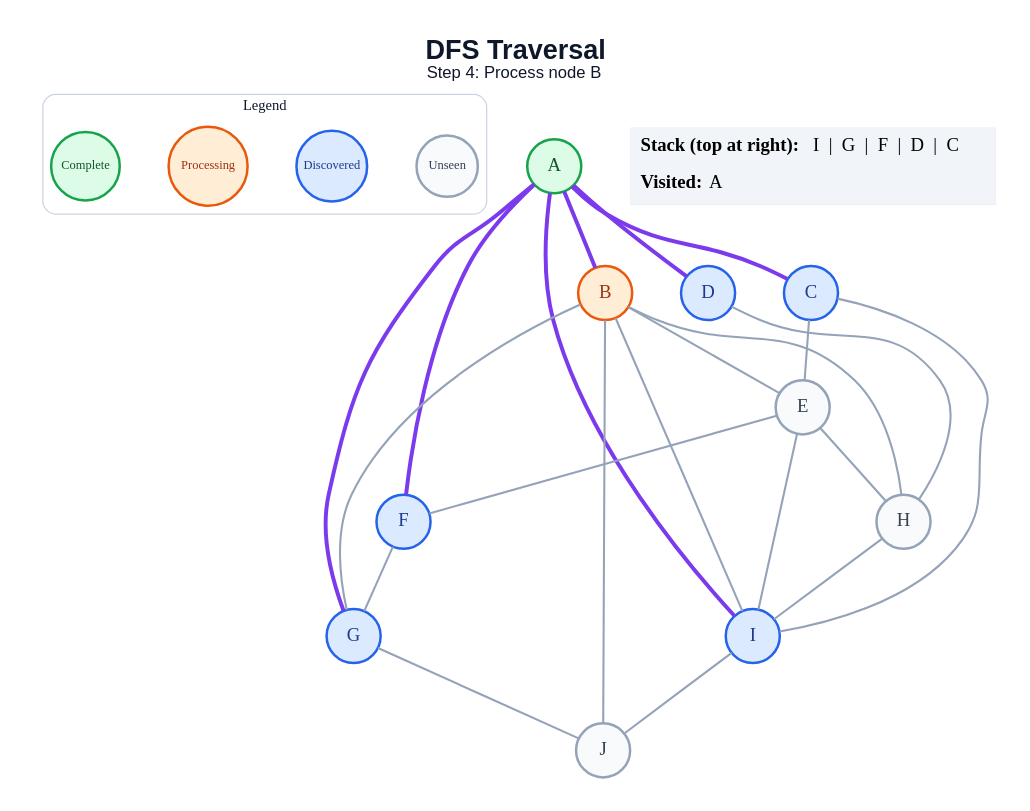
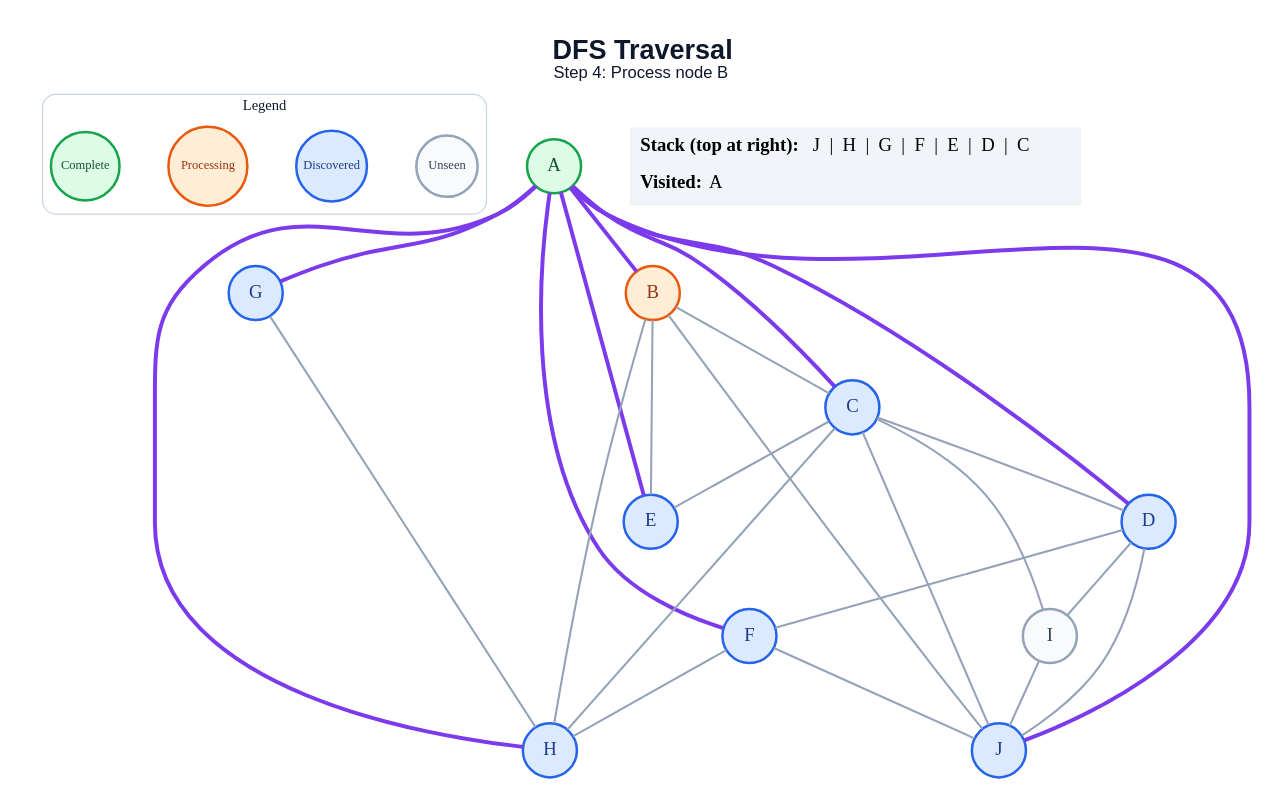
The diagram in generated/dfs/step_04.dot (amanghodawala9/ai-slop), drawn with Graphviz before and after one commit. The commit also changed 178 other files, not shown here.

```diff
--- a/generated/dfs/step_04.dot
+++ b/generated/dfs/step_04.dot
@@ -1,50 +1,53 @@
 graph traversal {
   graph [layout=dot, rankdir=TB, bgcolor="#FFFFFF", pad="0.35", nodesep="0.65", ranksep="0.8", fontname="Arial"];
   node [shape=circle, style="filled", fontname="Arial Bold", fontsize=18, width=0.72, fixedsize=true, penwidth=2.4];
   edge [color="#94A3B8", penwidth=2.0];
   label=<<B>DFS Traversal</B><BR/><FONT POINT-SIZE="16">Step 4: Process node B</FONT>>; labelloc="t"; fontsize=26; fontname="Arial"; fontcolor="#0F172A";
   subgraph cluster_legend { label="Legend"; color="#CBD5E1"; penwidth=1.2; style="rounded"; fontsize=14; fontname="Arial Bold";
     key_unseen [label="Unseen", fillcolor="#F8FAFC", color="#94A3B8", fontcolor="#334155", fontsize=12, width=0.82];
     key_frontier [label="Discovered", fillcolor="#DBEAFE", color="#2563EB", fontcolor="#1E3A8A", fontsize=12, width=0.95];
     key_current [label="Processing", fillcolor="#FFEDD5", color="#EA580C", fontcolor="#9A3412", fontsize=12, width=1.05];
     key_done [label="Complete", fillcolor="#DCFCE7", color="#16A34A", fontcolor="#14532D", fontsize=12, width=0.92];
     { rank=same; key_unseen; key_frontier; key_current; key_done; }
   }
   A [fillcolor="#DCFCE7", color="#16A34A", fontcolor="#14532D"];
   B [fillcolor="#FFEDD5", color="#EA580C", fontcolor="#9A3412"];
   C [fillcolor="#DBEAFE", color="#2563EB", fontcolor="#1E3A8A"];
   D [fillcolor="#DBEAFE", color="#2563EB", fontcolor="#1E3A8A"];
-  E [fillcolor="#F8FAFC", color="#94A3B8", fontcolor="#334155"];
+  E [fillcolor="#DBEAFE", color="#2563EB", fontcolor="#1E3A8A"];
   F [fillcolor="#DBEAFE", color="#2563EB", fontcolor="#1E3A8A"];
   G [fillcolor="#DBEAFE", color="#2563EB", fontcolor="#1E3A8A"];
-  H [fillcolor="#F8FAFC", color="#94A3B8", fontcolor="#334155"];
-  I [fillcolor="#DBEAFE", color="#2563EB", fontcolor="#1E3A8A"];
-  J [fillcolor="#F8FAFC", color="#94A3B8", fontcolor="#334155"];
+  H [fillcolor="#DBEAFE", color="#2563EB", fontcolor="#1E3A8A"];
+  I [fillcolor="#F8FAFC", color="#94A3B8", fontcolor="#334155"];
+  J [fillcolor="#DBEAFE", color="#2563EB", fontcolor="#1E3A8A"];
   A -- B [color="#7C3AED", penwidth=3.8];
   A -- C [color="#7C3AED", penwidth=3.8];
   A -- D [color="#7C3AED", penwidth=3.8];
+  A -- E [color="#7C3AED", penwidth=3.8];
   A -- F [color="#7C3AED", penwidth=3.8];
   A -- G [color="#7C3AED", penwidth=3.8];
-  A -- I [color="#7C3AED", penwidth=3.8];
+  A -- H [color="#7C3AED", penwidth=3.8];
+  A -- J [color="#7C3AED", penwidth=3.8];
+  B -- C;
   B -- E;
-  B -- G;
   B -- H;
-  B -- I;
   B -- J;
+  C -- D;
   C -- E;
+  C -- H;
   C -- I;
-  D -- H;
-  E -- F;
-  E -- H;
-  E -- I;
-  F -- G;
-  G -- J;
-  H -- I;
+  C -- J;
+  D -- F;
+  D -- I;
+  D -- J;
+  F -- H;
+  F -- J;
+  G -- H;
   I -- J;
   status [shape=plain, fixedsize=false, width=0, height=0, margin=0, label=<
     <TABLE BORDER="0" CELLBORDER="0" CELLPADDING="7" BGCOLOR="#F1F5F9">
-      <TR><TD ALIGN="LEFT"><B>Stack (top at right):</B> I  |  G  |  F  |  D  |  C</TD></TR>
+      <TR><TD ALIGN="LEFT"><B>Stack (top at right):</B> J  |  H  |  G  |  F  |  E  |  D  |  C</TD></TR>
       <TR><TD ALIGN="LEFT"><B>Visited:</B> A</TD></TR>
     </TABLE>
   >];
 }
```
